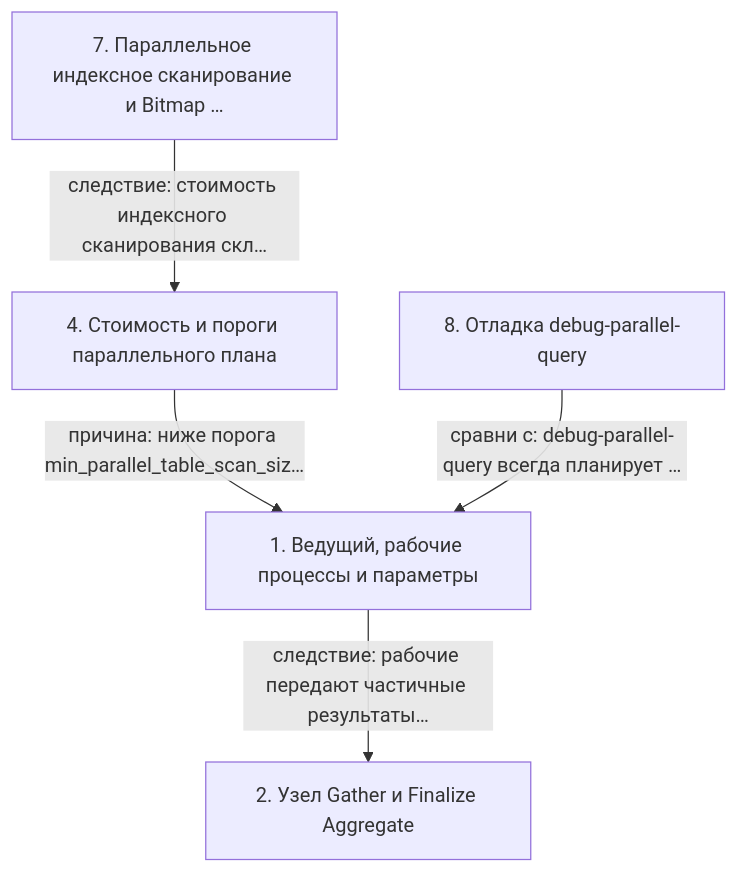
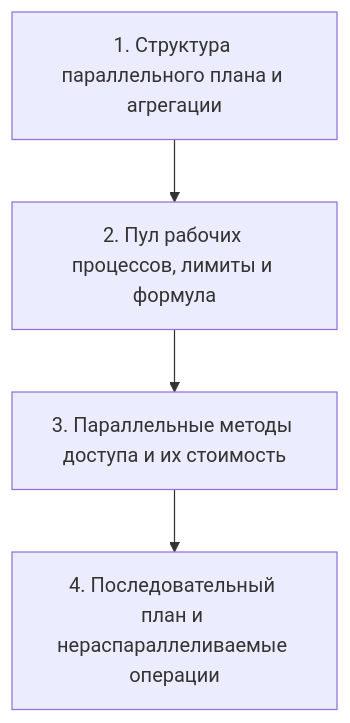
Before and after one commit to AsoloCode/notes: the diagram in postgres-qpt/05 - QPT-16 4. Параллельный доступ/notes.md, drawn with Mermaid. The commit also changed other lines of this file and 503 other files, not shown here.

First line of the commit message:
Обновить конспекты PostgreSQL (QPT-16, DEV1-16): слайды, схемы, факт-чек

````diff
--- a/postgres-qpt/05 - QPT-16 4. Параллельный доступ/notes.md
+++ b/postgres-qpt/05 - QPT-16 4. Параллельный доступ/notes.md
@@ -91,12 +598,10 @@
 ```mermaid
 flowchart TD
-    n1["1. Ведущий, рабочие процессы и параметры"]
-    n2["2. Узел Gather и Finalize Aggregate"]
-    n4["4. Стоимость и пороги параллельного плана"]
-    n7["7. Параллельное индексное сканирование и Bitmap …"]
-    n8["8. Отладка debug-parallel-query"]
-    n1 -->|следствие: рабочие передают частичные результаты…| n2
-    n4 -->|причина: ниже порога min_parallel_table_scan_siz…| n1
-    n7 -->|следствие: стоимость индексного сканирования скл…| n4
-    n8 -->|сравни с: debug-parallel-query всегда планирует …| n1
+    n1["1. Структура параллельного плана и агрегации"]
+    n2["2. Пул рабочих процессов, лимиты и формула"]
+    n3["3. Параллельные методы доступа и их стоимость"]
+    n4["4. Последовательный план и нераспараллеливаемые операции"]
+    n1 --> n2
+    n2 --> n3
+    n3 --> n4
 ```
````
